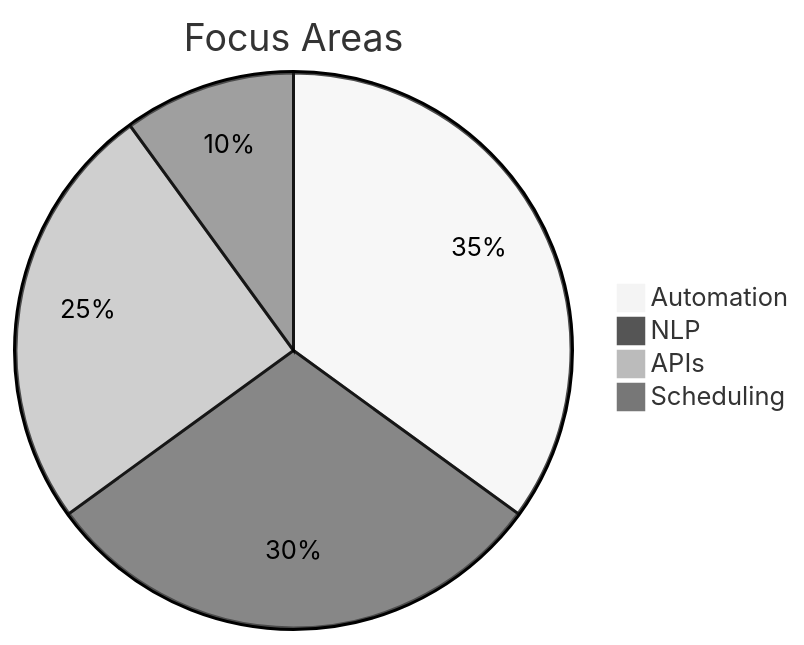
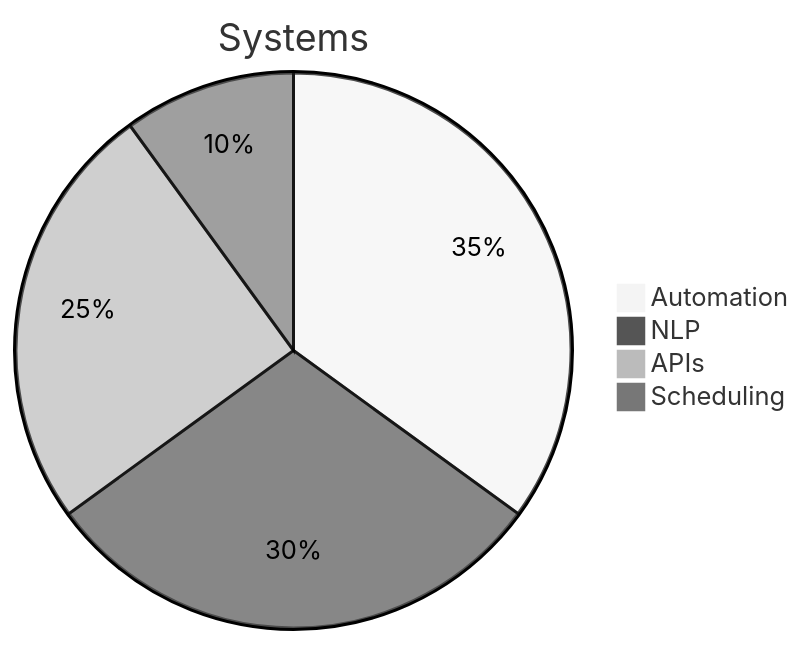
The third of 6 diagrams in README.md (vaibhav2225/vaibhav2225), drawn with Mermaid (neutral theme) before and after one commit. The commit also changed other lines of this file, not shown here.

````diff
--- a/README.md
+++ b/README.md
@@ -221,7 +257,7 @@
 ```mermaid
-pie title Focus Areas
+pie title Systems
     "Automation" : 35
     "NLP" : 30
     "APIs" : 25
     "Scheduling" : 10
 ```
````
